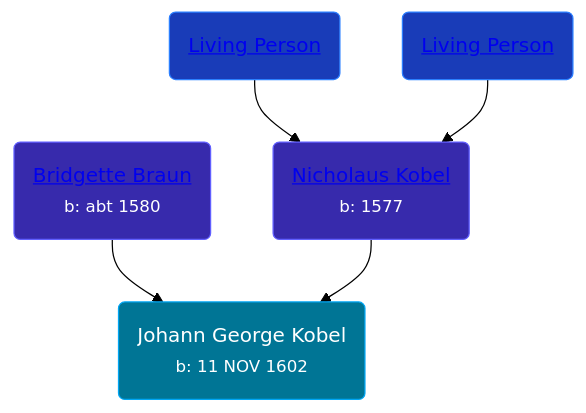
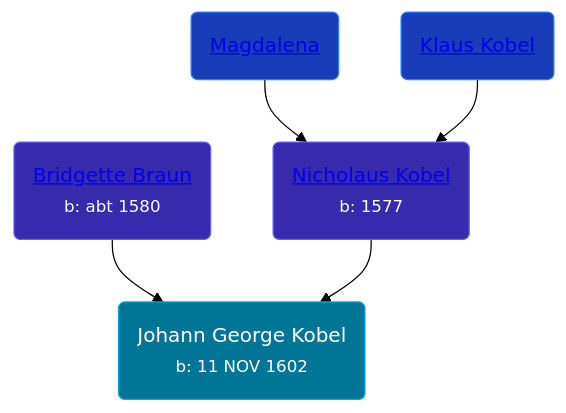
One commit to wpmgotkh/wpmgotkh.github.io changed the diagram in pages/people/1/13002801.md. Above: the diagram before and after it, drawn with Mermaid (forest theme). The commit also changed other lines of this file and 586 other files, not shown here.

Commit message:
feat: better shouldConsiderPersonLiving algo

````diff
--- a/pages/people/1/13002801.md
+++ b/pages/people/1/13002801.md
@@ -11,11 +11,11 @@
 ```mermaid
 graph
 classDef grands fill:#193cb8,stroke:#2b7fff,stroke-width:1px,color:#fff;
 classDef parents fill:#372aac,stroke:#615fff,stroke-width:1px,color:#fff;
 classDef primary fill:#007595,stroke:#00a6f4,stroke-width:1px,color:#fff;
 13002801(Johann George Kobel<br /><small>b: 11 NOV 1602</small>):::primary
 81499716(<a class="text-white" href="/people/8/81499716">Bridgette Braun</a><br /><small>b: abt 1580</small>):::parents-->13002801
 41497852(<a class="text-white" href="/people/4/41497852">Nicholaus Kobel</a><br /><small>b: 1577</small>):::parents-->13002801
-702138(<a class="text-white" href="/people/7/702138">Living Person</a>):::grands-->41497852
-46655036(<a class="text-white" href="/people/4/46655036">Living Person</a>):::grands-->41497852
+702138(<a class="text-white" href="/people/7/702138">Magdalena </a>):::grands-->41497852
+46655036(<a class="text-white" href="/people/4/46655036">Klaus Kobel</a>):::grands-->41497852
 ```
````
